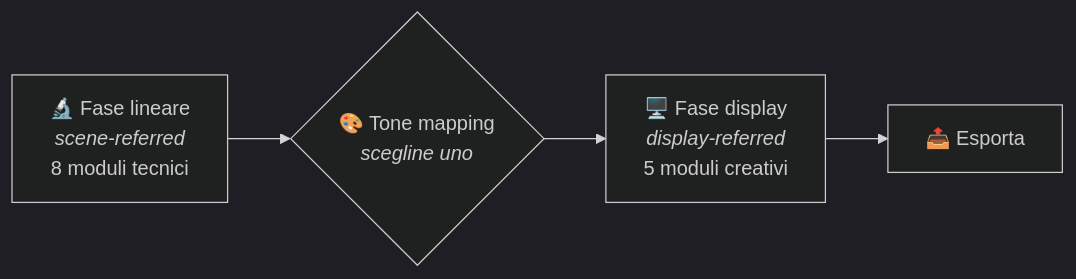
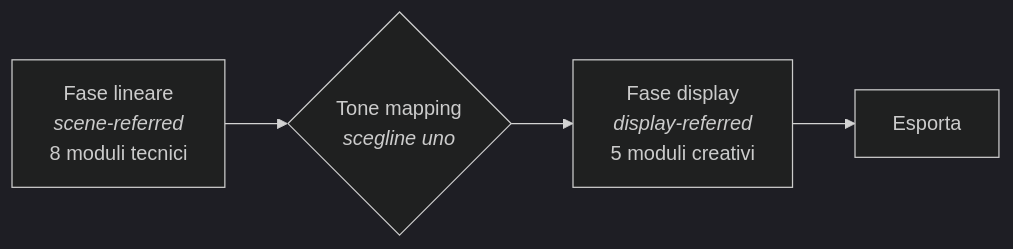
One commit to lorenzoperone/darktable-docs changed the diagram in docs/index.md. Above: the diagram before and after it, drawn with Mermaid (dark theme). The commit also changed other lines of this file and 4 other files, not shown here.

First line of the commit message:
fix: restyle diagrammi Mermaid + rimuovi bug re-render tema chiaro/scuro

````diff
--- a/docs/index.md
+++ b/docs/index.md
@@ -63,7 +63,7 @@
 ```mermaid
 flowchart LR
-    A["🔬 Fase lineare<br/><i>scene-referred</i><br/>8 moduli tecnici"] --> B{"🎨 Tone mapping<br/><i>scegline uno</i>"}
-    B --> C["🖥️ Fase display<br/><i>display-referred</i><br/>5 moduli creativi"]
-    C --> D["📤 Esporta"]
+    A["Fase lineare<br/><i>scene-referred</i><br/>8 moduli tecnici"] --> B{"Tone mapping<br/><i>scegline uno</i>"}
+    B --> C["Fase display<br/><i>display-referred</i><br/>5 moduli creativi"]
+    C --> D["Esporta"]
 
 ```
````
